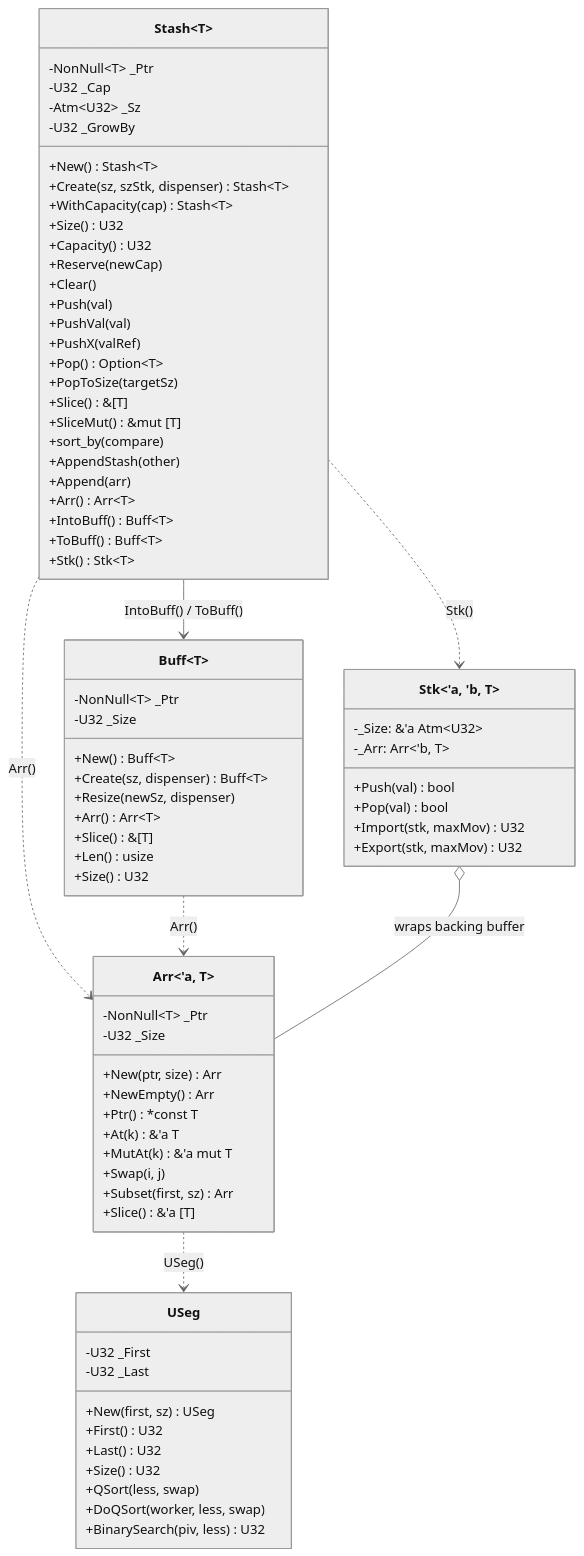
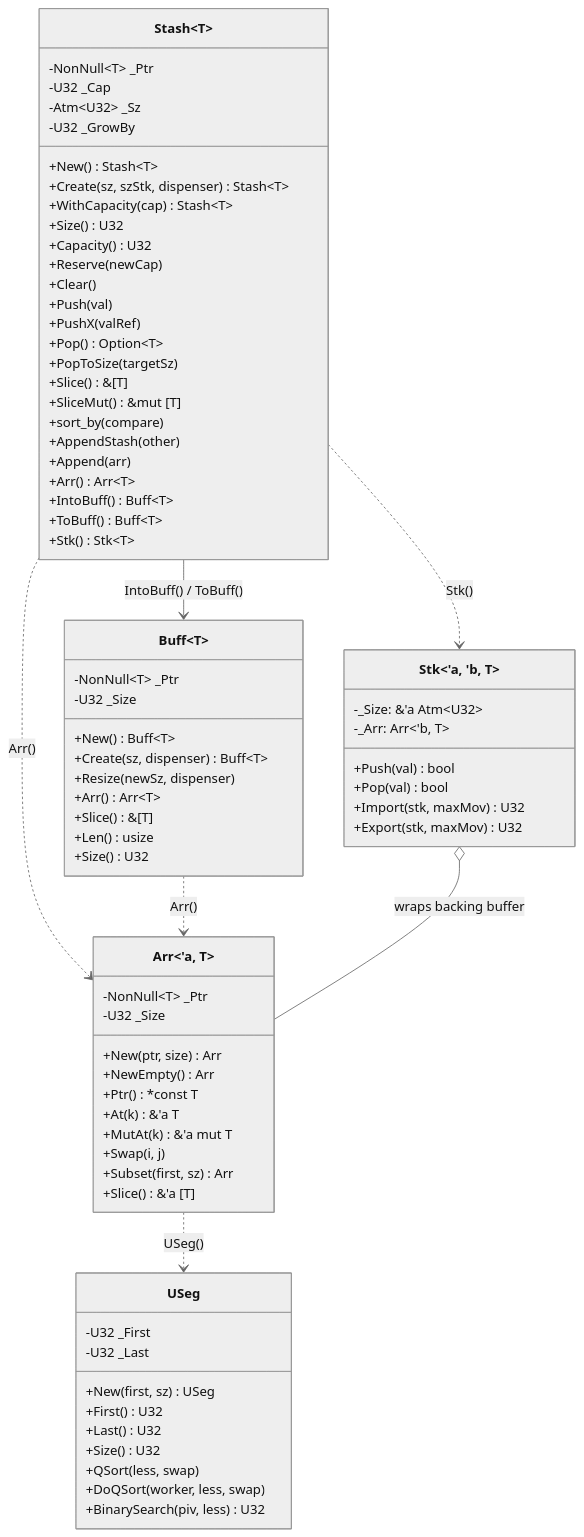
The first of 3 diagrams in wiki/Silo.md (jswarup/Kosh), drawn with Mermaid (neutral theme) before and after one commit. The commit also changed 3 other files, not shown here.

Commit message:
Remove redundant PushVal alias in Stash and update usages

```diff
--- a/wiki/Silo.md
+++ b/wiki/Silo.md
@@ -26,7 +26,6 @@
         +Reserve(newCap)
         +Clear()
         +Push(val)
-        +PushVal(val)
         +PushX(valRef)
         +Pop() Option~T~
         +PopToSize(targetSz)
```
